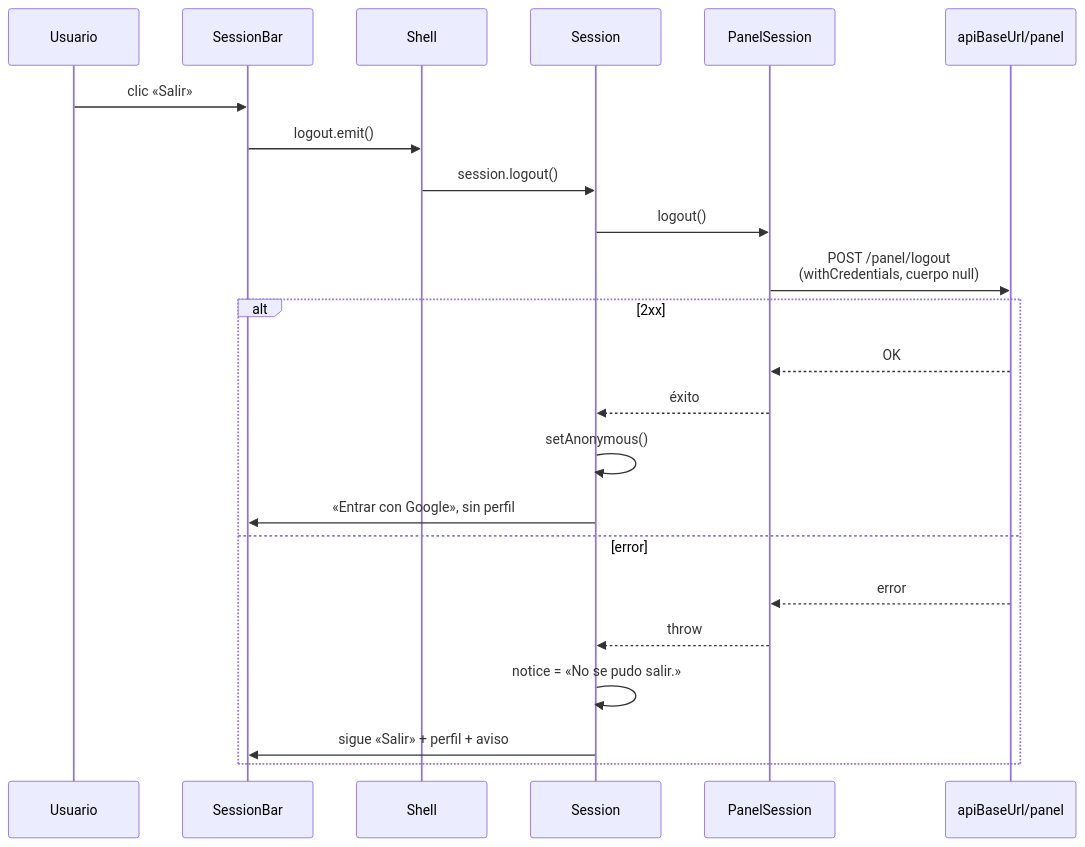
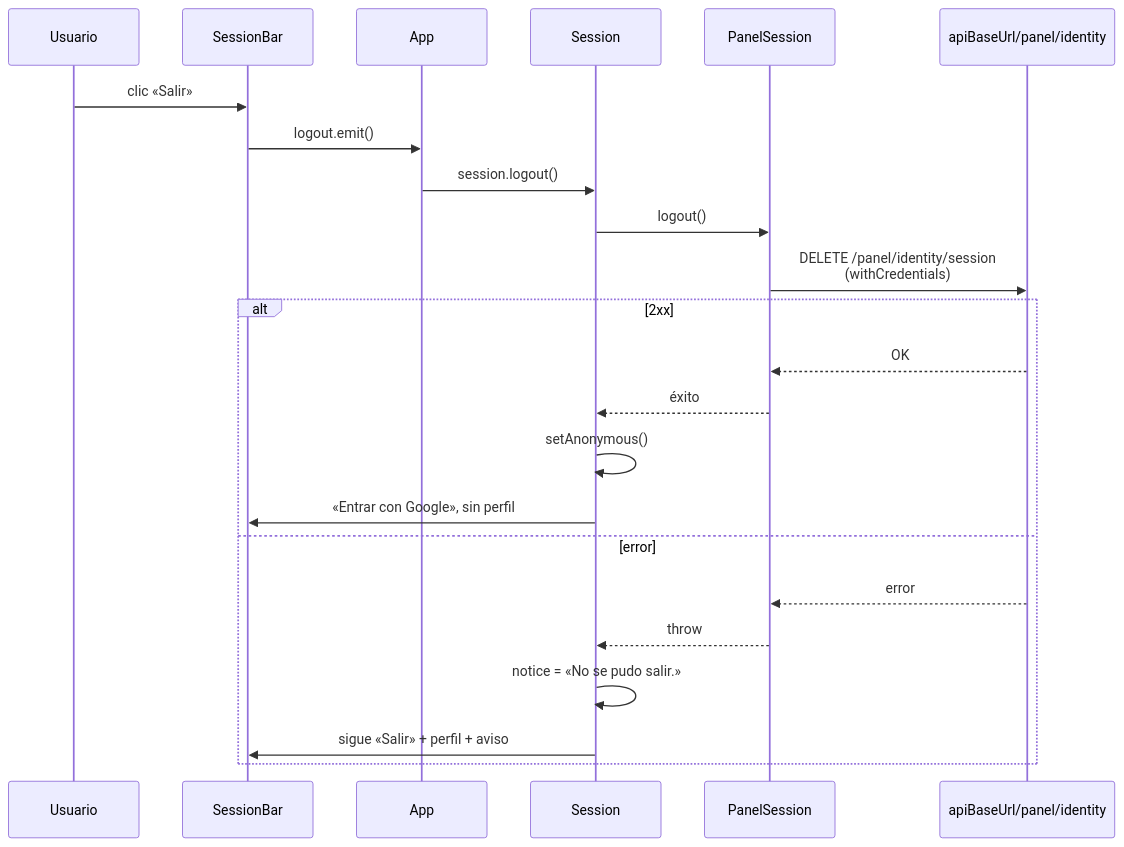
One commit to Dariosoft/fes-panel-web changed the fourth of 4 diagrams in specs/001-panel-google-login/uml.md. Above: the diagram before and after it, drawn with Mermaid. The commit also changed other lines of this file and 3 other files, not shown here.

````diff
--- a/specs/001-panel-google-login/uml.md
+++ b/specs/001-panel-google-login/uml.md
@@ -132,26 +143,26 @@
 ```mermaid
 sequenceDiagram
   participant User as Usuario
   participant Bar as SessionBar
-  participant Shell as Shell
+  participant App as App
   participant S as Session
   participant PS as PanelSession
-  participant API as apiBaseUrl/panel
+  participant API as apiBaseUrl/panel/identity
 
   User->>Bar: clic «Salir»
-  Bar->>Shell: logout.emit()
-  Shell->>S: session.logout()
+  Bar->>App: logout.emit()
+  App->>S: session.logout()
   S->>PS: logout()
-  PS->>API: POST /panel/logout<br/>(withCredentials, cuerpo null)
+  PS->>API: DELETE /panel/identity/session<br/>(withCredentials)
   alt 2xx
     API-->>PS: OK
     PS-->>S: éxito
     S->>S: setAnonymous()
     S->>Bar: «Entrar con Google», sin perfil
   else error
     API-->>PS: error
     PS-->>S: throw
     S->>S: notice = «No se pudo salir.»
     S->>Bar: sigue «Salir» + perfil + aviso
   end
 ```
````
